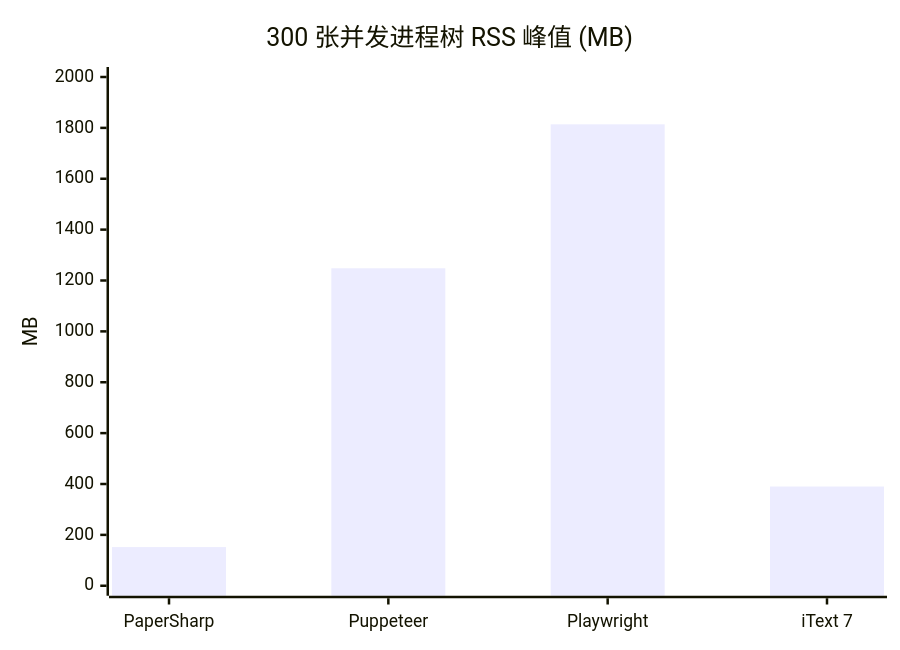
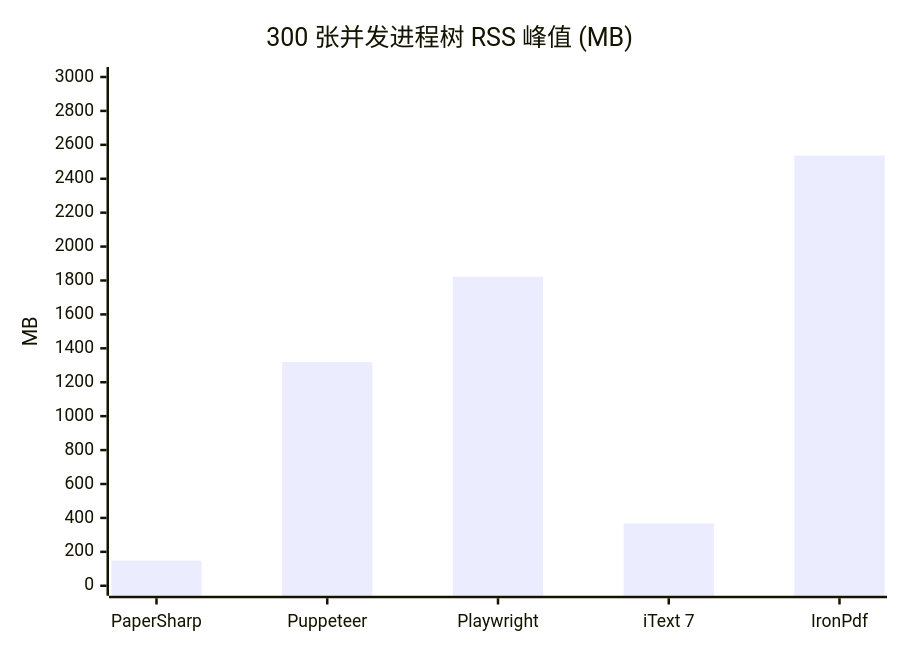
The fourth of 4 diagrams in README.md (SpringHgui/papersharp), drawn with Mermaid before and after one commit. The commit also changed other lines of this file and 12 other files, not shown here.

First line of the commit message:
bench: 加入 IronPdf（trial）实测，沉淀 v1.0.4 快照并更新图表/文档

````diff
--- a/README.md
+++ b/README.md
@@ -225,7 +109,7 @@
 ```mermaid
 xychart-beta
     title "300 张并发进程树 RSS 峰值 (MB)"
-    x-axis ["PaperSharp", "Puppeteer", "Playwright", "iText 7"]
-    y-axis "MB" 0 --> 2000
-    bar [152, 1248, 1814, 390]
+    x-axis ["PaperSharp", "Puppeteer", "Playwright", "iText 7", "IronPdf"]
+    y-axis "MB" 0 --> 3000
+    bar [148.2, 1319.4, 1822.6, 367.2, 2536.6]
 ```
````
